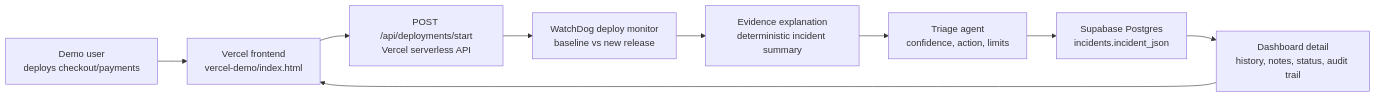
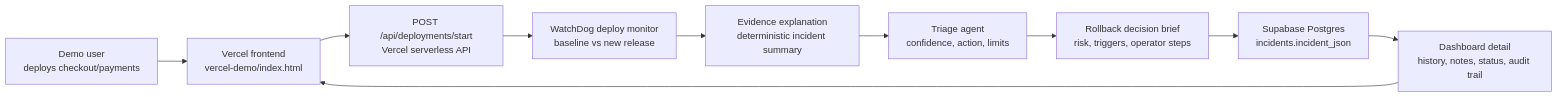
The second of 3 diagrams in README.md (deepti-96/WatchDog), drawn with Mermaid before and after one commit. The commit also changed other lines of this file and 3 other files, not shown here.

Commit message:
Add rollback decision brief

````diff
--- a/README.md
+++ b/README.md
@@ -186,11 +186,12 @@
 ```mermaid
 flowchart LR
     A["Demo user<br/>deploys checkout/payments"] --> B["Vercel frontend<br/>vercel-demo/index.html"]
     B --> C["POST /api/deployments/start<br/>Vercel serverless API"]
     C --> D["WatchDog deploy monitor<br/>baseline vs new release"]
     D --> E["Evidence explanation<br/>deterministic incident summary"]
     E --> F["Triage agent<br/>confidence, action, limits"]
-    F --> G["Supabase Postgres<br/>incidents.incident_json"]
-    G --> H["Dashboard detail<br/>history, notes, status, audit trail"]
-    H --> B
+    F --> G["Rollback decision brief<br/>risk, triggers, operator steps"]
+    G --> H["Supabase Postgres<br/>incidents.incident_json"]
+    H --> I["Dashboard detail<br/>history, notes, status, audit trail"]
+    I --> B
 ```
````
